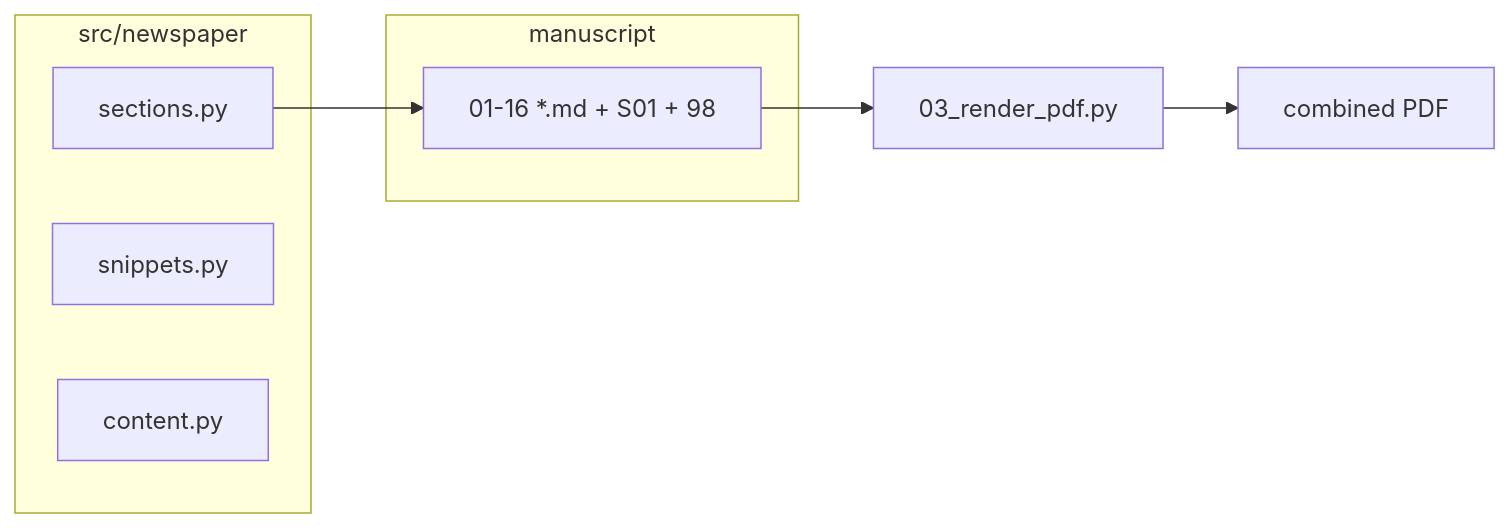
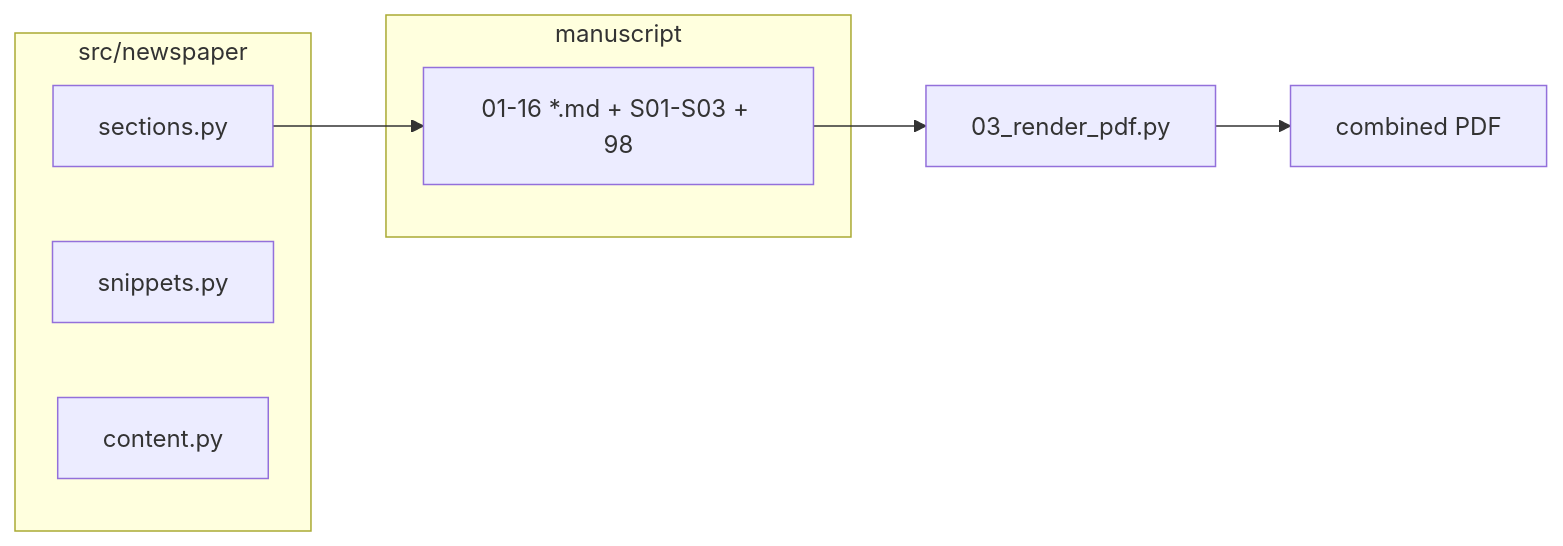
One commit to docxology/template changed the diagram in projects/traditional_newspaper/README.md. Above: the diagram before and after it, drawn with Mermaid. The commit also changed other lines of this file and 1481 other files, not shown here.

````diff
--- a/projects/traditional_newspaper/README.md
+++ b/projects/traditional_newspaper/README.md
@@ -11,16 +11,16 @@
 ```mermaid
 flowchart LR
   subgraph src [src/newspaper]
     SEC[sections.py]
     SNP[snippets.py]
     CNT[content.py]
   end
   subgraph ms [manuscript]
-    MD["01-16 *.md + S01 + 98"]
+    MD["01-16 *.md + S01-S03 + 98"]
   end
   RND["03_render_pdf.py"]
   PDF[combined PDF]
   SEC --> MD
   RND --> PDF
   MD --> RND
 ```
````
